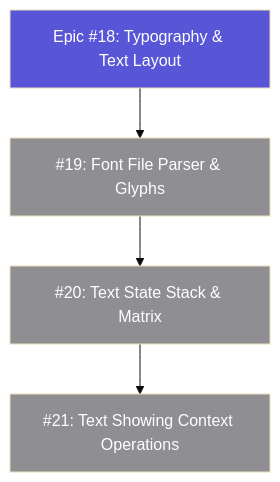
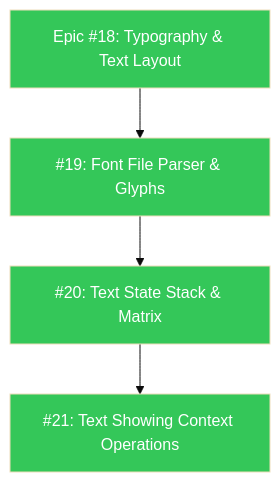
The eighth of 9 diagrams in README.md (SlayerMotion/PureDraw), drawn with Mermaid (base theme) before and after one commit. The commit also changed other lines of this file and 1 other file, not shown here.

First line of the commit message:
docs: mark typography epic done in roadmap diagrams

````diff
--- a/README.md
+++ b/README.md
@@ -268,16 +268,16 @@
 ```mermaid
 flowchart TB
     classDef done    fill:#34C759,color:#FFFFFF
     classDef active  fill:#007AFF,color:#FFFFFF
     classDef review  fill:#30B0C7,color:#FFFFFF
     classDef next    fill:#5856D6,color:#FFFFFF
     classDef partial fill:#FF9500,color:#FFFFFF
     classDef todo    fill:#8E8E93,color:#FFFFFF
 
-    Epic18["Epic #18: Typography & Text Layout"]:::next --> I19["#19: Font File Parser & Glyphs"]:::todo --> I20["#20: Text State Stack & Matrix"]:::todo --> I21["#21: Text Showing Context Operations"]:::todo
+    Epic18["Epic #18: Typography & Text Layout"]:::done --> I19["#19: Font File Parser & Glyphs"]:::done --> I20["#20: Text State Stack & Matrix"]:::done --> I21["#21: Text Showing Context Operations"]:::done
 
     click Epic18 href "https://github.com/mihaelamj/PureDraw/issues/18" "Epic #18"
     click I19 href "https://github.com/mihaelamj/PureDraw/issues/19" "Issue #19"
     click I20 href "https://github.com/mihaelamj/PureDraw/issues/20" "Issue #20"
     click I21 href "https://github.com/mihaelamj/PureDraw/issues/21" "Issue #21"
 ```
````
